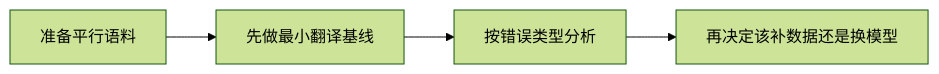
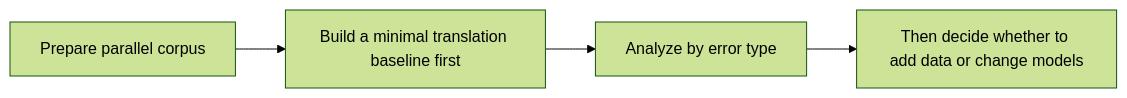
Before and after one commit to oudbiao/AI-fullstack-course: the diagram in docs/ch11-nlp/ch05-seq2seq/03-machine-translation.md, drawn with Mermaid (forest theme). The commit also changed other lines of this file and 1406 other files, not shown here.

````diff
--- a/docs/ch11-nlp/ch05-seq2seq/03-machine-translation.md
+++ b/docs/ch11-nlp/ch05-seq2seq/03-machine-translation.md
@@ -41,6 +41,6 @@
 ```mermaid
 flowchart LR
-    A["准备平行语料"] --> B["先做最小翻译基线"]
-    B --> C["按错误类型分析"]
-    C --> D["再决定该补数据还是换模型"]
+    A["Prepare parallel corpus"] --> B["Build a minimal translation baseline first"]
+    B --> C["Analyze by error type"]
+    C --> D["Then decide whether to add data or change models"]
 ```
````
